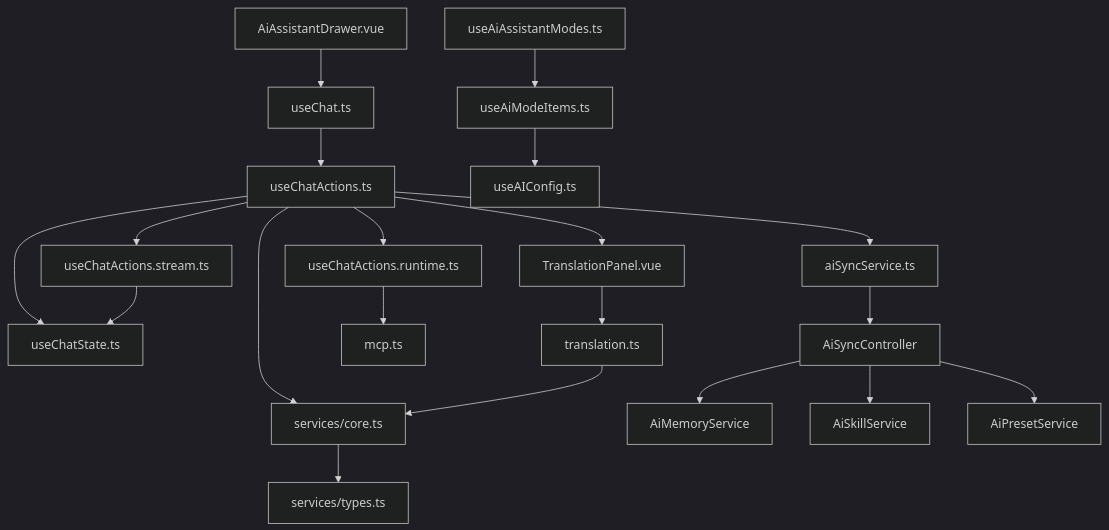
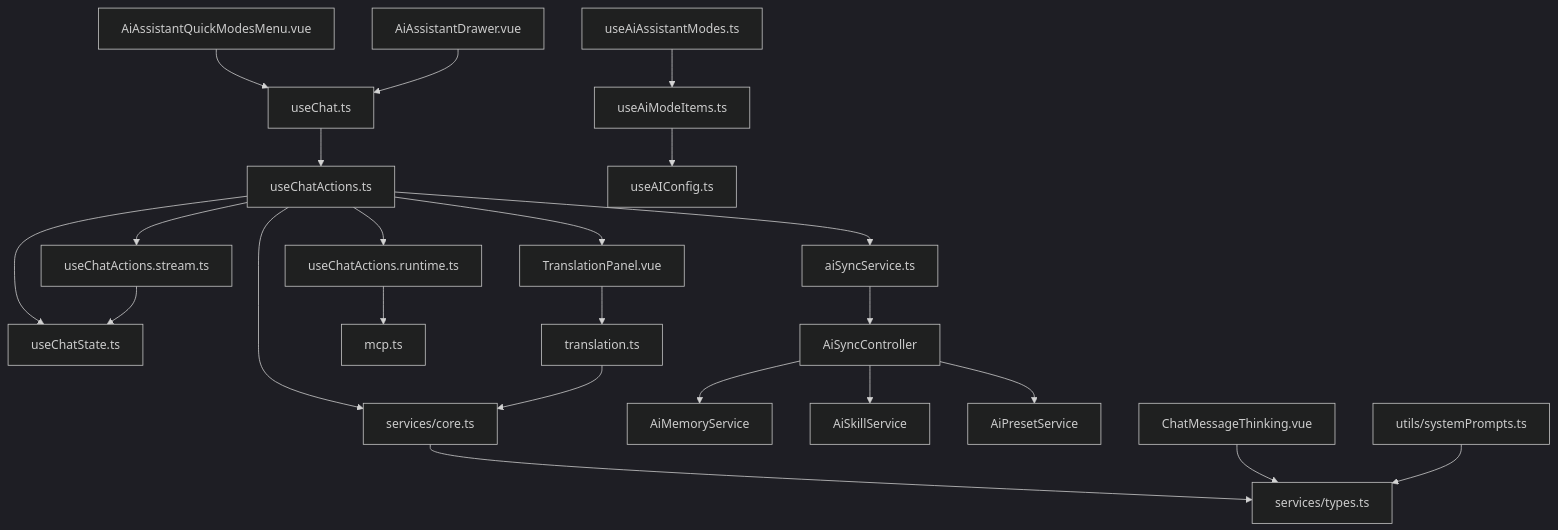
One commit to xixixiaoyu/Todo changed diagram 18 of 18 in .qoder/repowiki/zh/content/核心模块/AI助手系统/AI助手系统.md. Above: the diagram before and after it, drawn with Mermaid (dark theme). The commit also changed other lines of this file and 5 other files, not shown here.

````diff
--- a/.qoder/repowiki/zh/content/核心模块/AI助手系统/AI助手系统.md
+++ b/.qoder/repowiki/zh/content/核心模块/AI助手系统/AI助手系统.md
@@ -1054,22 +1195,25 @@
 ```mermaid
 graph TB
-Drawer["AiAssistantDrawer.vue"] --> Chat["useChat.ts"]
+QuickModes["AiAssistantQuickModesMenu.vue"] --> Chat["useChat.ts"]
+Drawer["AiAssistantDrawer.vue"] --> Chat
 Chat --> Actions["useChatActions.ts"]
 Actions --> Stream["useChatActions.stream.ts"]
 Actions --> State["useChatState.ts"]
 Actions --> Runtime["useChatActions.runtime.ts"]
 Actions --> Sync["aiSyncService.ts"]
 Actions --> Translation["TranslationPanel.vue"]
 Translation --> TranslationSvc["translation.ts"]
 Runtime --> MCP["mcp.ts"]
 Actions --> Core["services/core.ts"]
 Core --> Types["services/types.ts"]
 TranslationSvc --> Core
 Stream --> State
 Sync --> SyncCtrl["AiSyncController"]
 SyncCtrl --> SyncMem["AiMemoryService"]
 SyncCtrl --> SyncSkill["AiSkillService"]
 SyncCtrl --> SyncPreset["AiPresetService"]
 ModeItems["useAiModeItems.ts"] --> Config["useAIConfig.ts"]
 Modes["useAiAssistantModes.ts"] --> ModeItems
+Thinking["ChatMessageThinking.vue"] --> Types
+SystemPrompts["utils/systemPrompts.ts"] --> Types
 ```
````
